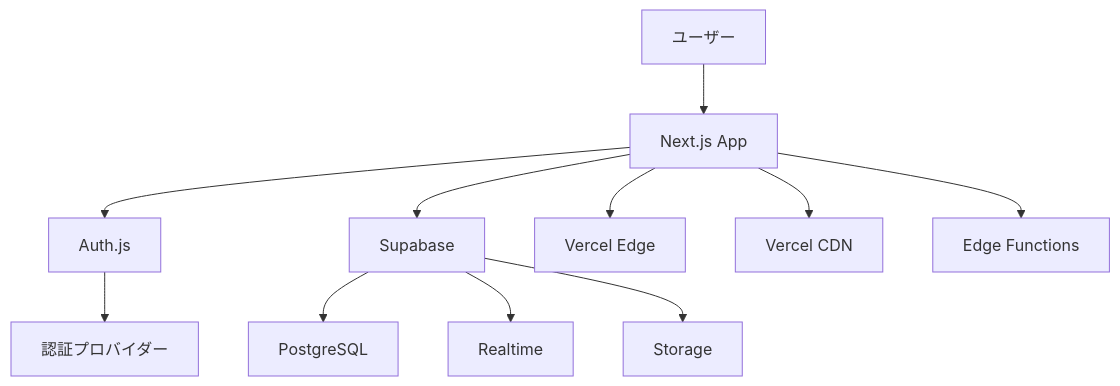
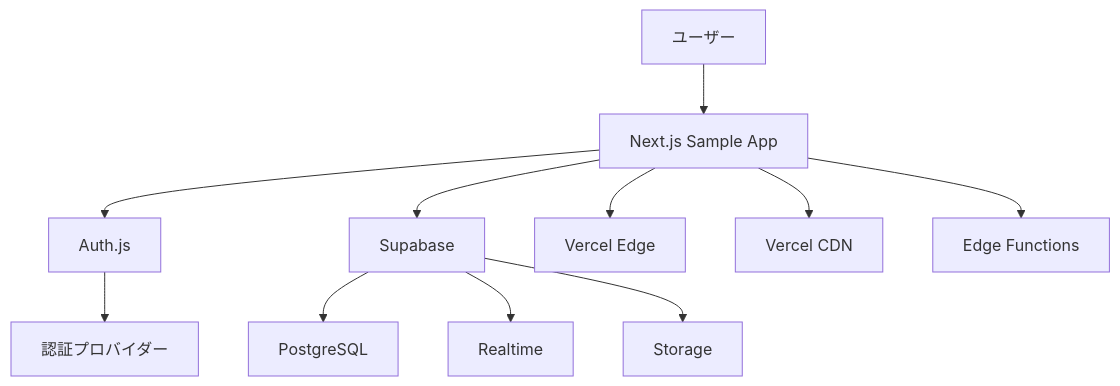
One commit to crebo-t-yokoyama/nextjs-inventory-app changed the first of 2 diagrams in docs/10_architect/system-architecture.md. Above: the diagram before and after it, drawn with Mermaid. The commit also changed other lines of this file and 10 other files, not shown here.

````diff
--- a/docs/10_architect/system-architecture.md
+++ b/docs/10_architect/system-architecture.md
@@ -5,15 +5,15 @@
 ```mermaid
 graph TB
-    User[ユーザー] --> NextJS[Next.js App]
+    User[ユーザー] --> NextJS[Next.js Sample App]
     NextJS --> Auth[Auth.js]
     NextJS --> Supabase[Supabase]
     NextJS --> Vercel[Vercel Edge]
     
     Auth --> Provider[認証プロバイダー]
     Supabase --> PostgreSQL[PostgreSQL]
     Supabase --> Realtime[Realtime]
     Supabase --> Storage[Storage]
     
     NextJS --> CDN[Vercel CDN]
     NextJS --> Edge[Edge Functions]
 ```
````
